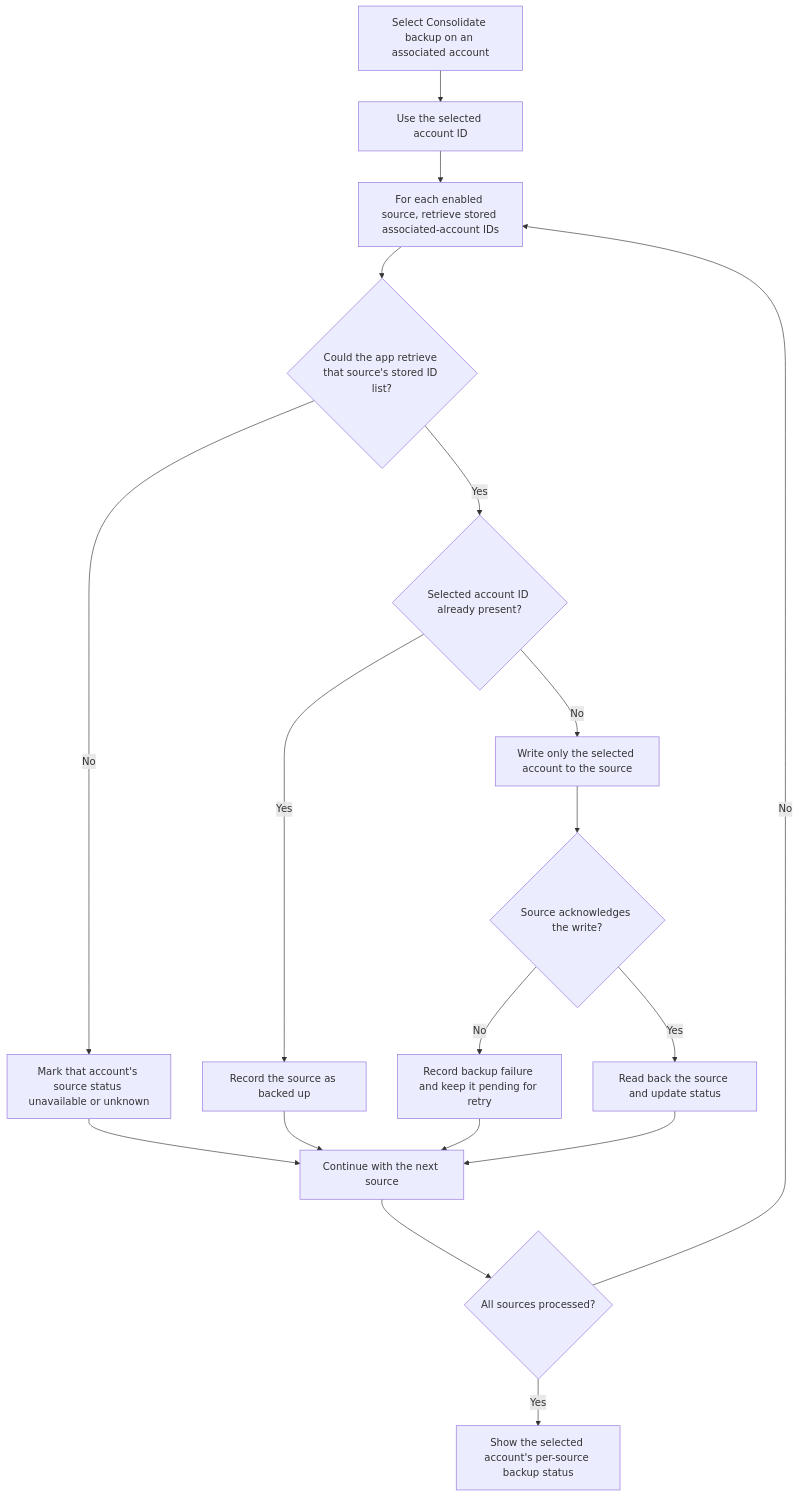
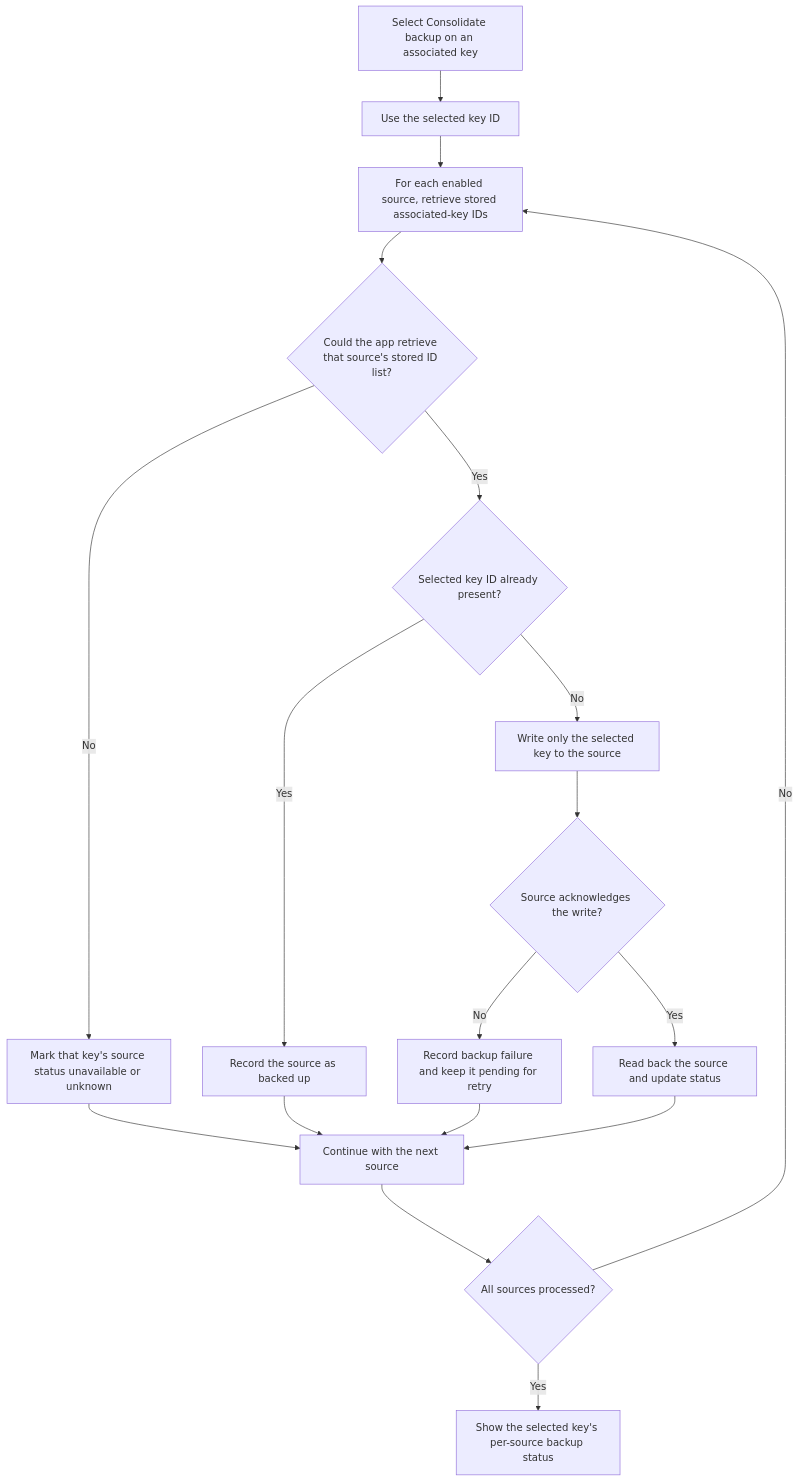
Before and after one commit to ZenTenApp/vault-kotlin: the fifth of 8 diagrams in docs/stakeholder/flowcharts.md, drawn with Mermaid. The commit also changed other lines of this file and 144 other files, not shown here.

First line of the commit message:
refactor: rename Account to Key across the project

````diff
--- a/docs/stakeholder/flowcharts.md
+++ b/docs/stakeholder/flowcharts.md
@@ -216,20 +216,20 @@
 ```mermaid
 flowchart TD
-    Trigger["Select Consolidate backup on an associated account"] --> Select["Use the selected account ID"]
-    Select --> Index["For each enabled source, retrieve stored associated-account IDs"]
+    Trigger["Select Consolidate backup on an associated key"] --> Select["Use the selected key ID"]
+    Select --> Index["For each enabled source, retrieve stored associated-key IDs"]
     Index --> IndexOK{"Could the app retrieve that source's stored ID list?"}
-    IndexOK -->|No| Unknown["Mark that account's source status unavailable or unknown"]
-    IndexOK -->|Yes| Present{"Selected account ID already present?"}
+    IndexOK -->|No| Unknown["Mark that key's source status unavailable or unknown"]
+    IndexOK -->|Yes| Present{"Selected key ID already present?"}
     Present -->|Yes| BackedUp["Record the source as backed up"]
-    Present -->|No| Write["Write only the selected account to the source"]
+    Present -->|No| Write["Write only the selected key to the source"]
     Write --> WriteOK{"Source acknowledges the write?"}
     WriteOK -->|No| Failed["Record backup failure and keep it pending for retry"]
     WriteOK -->|Yes| ReadBack["Read back the source and update status"]
     Unknown --> Next["Continue with the next source"]
     BackedUp --> Next
     Failed --> Next
     ReadBack --> Next
     Next --> Complete{"All sources processed?"}
     Complete -->|No| Index
-    Complete -->|Yes| Result["Show the selected account's per-source backup status"]
+    Complete -->|Yes| Result["Show the selected key's per-source backup status"]
 ```
````
